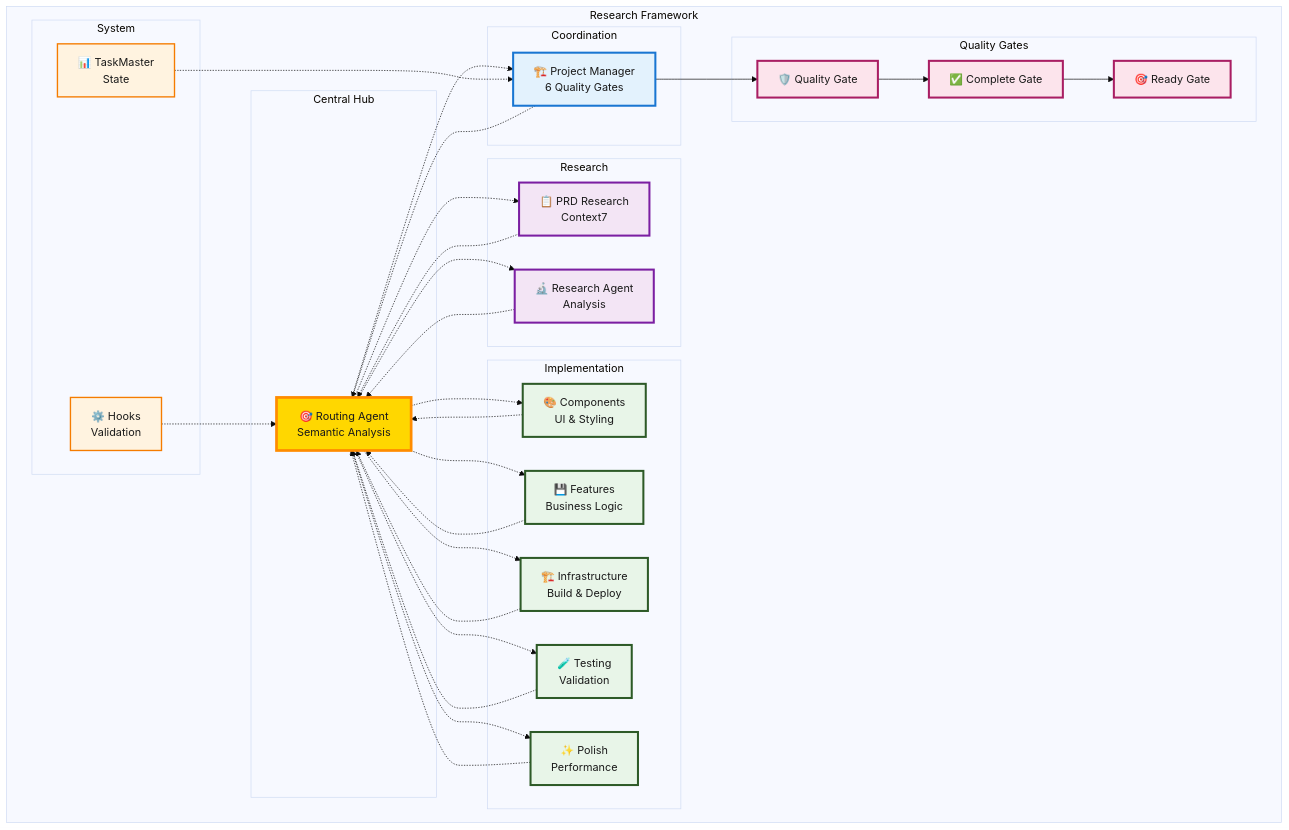
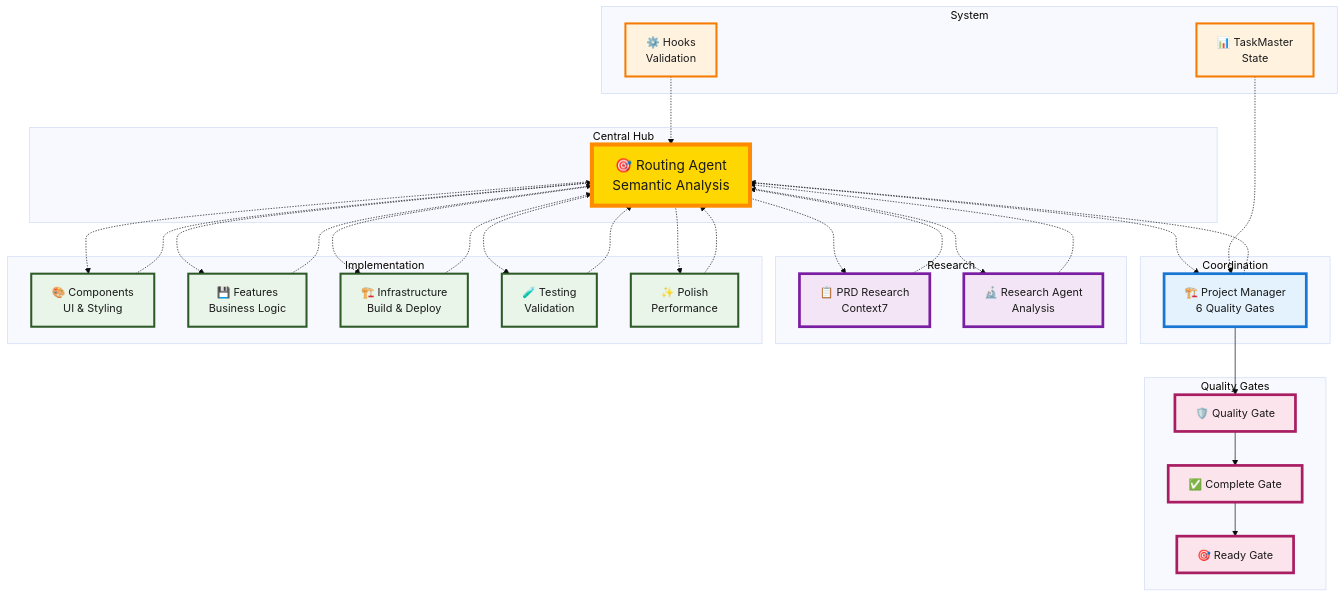
One commit to vanzan01/claude-code-sub-agent-collective changed the first of 2 diagrams in README.md. Above: the diagram before and after it, drawn with Mermaid (base theme).

Commit message:
Refactor README.md mermaid diagram for improved clarity and formatting
- Rearranged subgraph structure to enhance readability.
- Adjusted class definition styles for better visual distinction and consistency in font sizes.

````diff
--- a/README.md
+++ b/README.md
@@ -106,77 +106,75 @@
 ```mermaid
 graph TB
-    subgraph "Research Framework"
-        subgraph "Central Hub"
-            RA[🎯 Routing Agent<br/>Semantic Analysis]
-        end
-        
-        subgraph "Coordination"  
-            EPM[🏗️ Project Manager<br/>6 Quality Gates]
-        end
-        
-        subgraph "Research"
-            PRD[📋 PRD Research<br/>Context7]
-            RESEARCH[🔬 Research Agent<br/>Analysis]
-        end
-        
-        subgraph "Implementation"
-            COMP[🎨 Components<br/>UI & Styling]
-            FEAT[💾 Features<br/>Business Logic]
-            INFRA[🏗️ Infrastructure<br/>Build & Deploy]
-            TEST[🧪 Testing<br/>Validation]
-            POLISH[✨ Polish<br/>Performance]
-        end
-        
-        subgraph "Quality Gates"
-            EQG[🛡️ Quality Gate]
-            CG[✅ Complete Gate]
-            RG[🎯 Ready Gate]
-        end
-        
-        subgraph "System"
-            HOOKS[⚙️ Hooks<br/>Validation]
-            TM[📊 TaskMaster<br/>State]
-        end
+    subgraph "Central Hub"
+        RA[🎯 Routing Agent<br/>Semantic Analysis]
+    end
+    
+    subgraph "Coordination"  
+        EPM[🏗️ Project Manager<br/>6 Quality Gates]
+    end
+    
+    subgraph "Research"
+        PRD[📋 PRD Research<br/>Context7]
+        RESEARCH[🔬 Research Agent<br/>Analysis]
+    end
+    
+    subgraph "Implementation"
+        COMP[🎨 Components<br/>UI & Styling]
+        FEAT[💾 Features<br/>Business Logic]
+        INFRA[🏗️ Infrastructure<br/>Build & Deploy]
+        TEST[🧪 Testing<br/>Validation]
+        POLISH[✨ Polish<br/>Performance]
+    end
+    
+    subgraph "Quality Gates"
+        EQG[🛡️ Quality Gate]
+        CG[✅ Complete Gate]
+        RG[🎯 Ready Gate]
+    end
+    
+    subgraph "System"
+        HOOKS[⚙️ Hooks<br/>Validation]
+        TM[📊 TaskMaster<br/>State]
     end
     
     %% Hub connections
     RA -.-> EPM
     RA -.-> PRD
     RA -.-> RESEARCH
     RA -.-> COMP
     RA -.-> FEAT
     RA -.-> INFRA
     RA -.-> TEST
     RA -.-> POLISH
     
     %% Return to hub
     EPM -.-> RA
     PRD -.-> RA
     RESEARCH -.-> RA
     COMP -.-> RA
     FEAT -.-> RA
     INFRA -.-> RA
     TEST -.-> RA
     POLISH -.-> RA
     
     %% Quality flow
     EPM --> EQG --> CG --> RG
     
     %% System coordination
     HOOKS -.-> RA
     TM -.-> EPM
     
-    classDef hub fill:#ffd700,stroke:#ff8c00,stroke-width:4px,color:#1a1a1a
-    classDef coordination fill:#e3f2fd,stroke:#1976d2,stroke-width:3px,color:#1a1a1a
-    classDef research fill:#f3e5f5,stroke:#7b1fa2,stroke-width:3px,color:#1a1a1a
-    classDef implementation fill:#e8f5e8,stroke:#2d5a27,stroke-width:3px,color:#1a1a1a
-    classDef quality fill:#fce4ec,stroke:#a91e63,stroke-width:3px,color:#1a1a1a
-    classDef system fill:#fff3e0,stroke:#f57c00,stroke-width:2px,color:#1a1a1a
+    classDef hub fill:#ffd700,stroke:#ff8c00,stroke-width:6px,color:#1a1a1a,font-size:20px
+    classDef coordination fill:#e3f2fd,stroke:#1976d2,stroke-width:4px,color:#1a1a1a,font-size:16px
+    classDef research fill:#f3e5f5,stroke:#7b1fa2,stroke-width:4px,color:#1a1a1a,font-size:16px
+    classDef implementation fill:#e8f5e8,stroke:#2d5a27,stroke-width:3px,color:#1a1a1a,font-size:16px
+    classDef quality fill:#fce4ec,stroke:#a91e63,stroke-width:4px,color:#1a1a1a,font-size:16px
+    classDef system fill:#fff3e0,stroke:#f57c00,stroke-width:3px,color:#1a1a1a,font-size:16px
     
     class RA hub
     class EPM coordination
     class PRD,RESEARCH research
     class COMP,FEAT,INFRA,TEST,POLISH implementation
     class EQG,CG,RG quality
     class HOOKS,TM system
 ```
````
